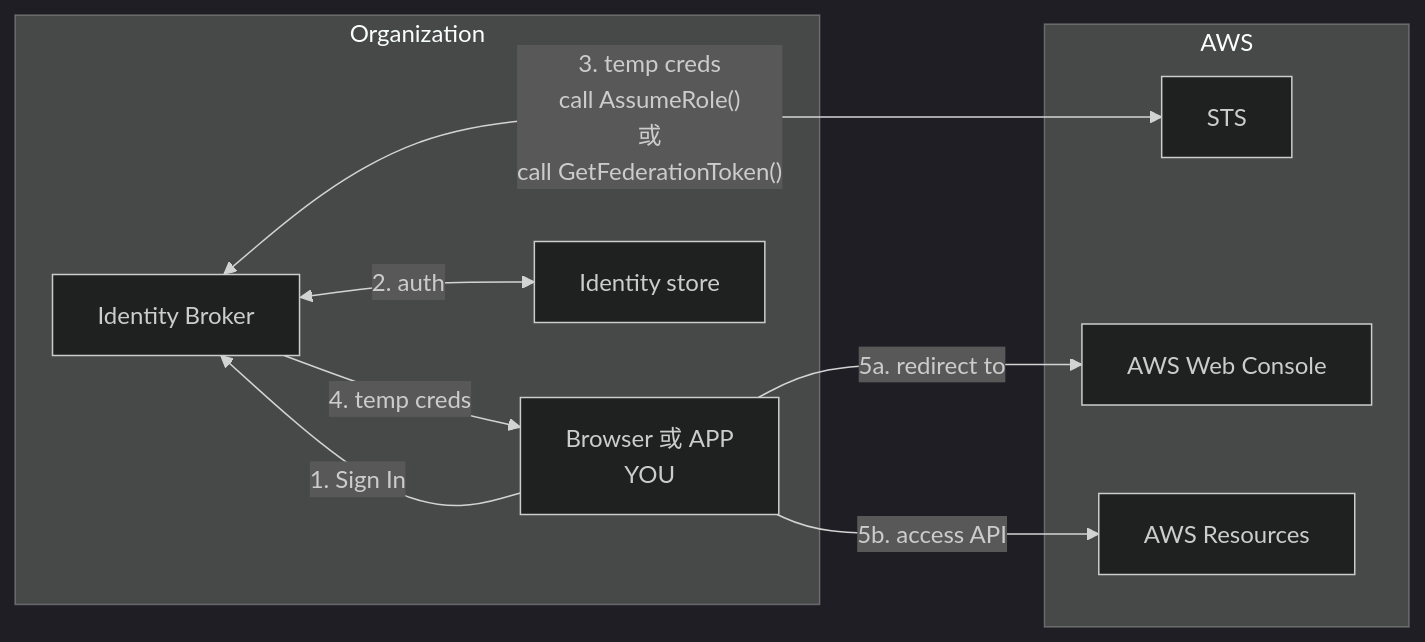
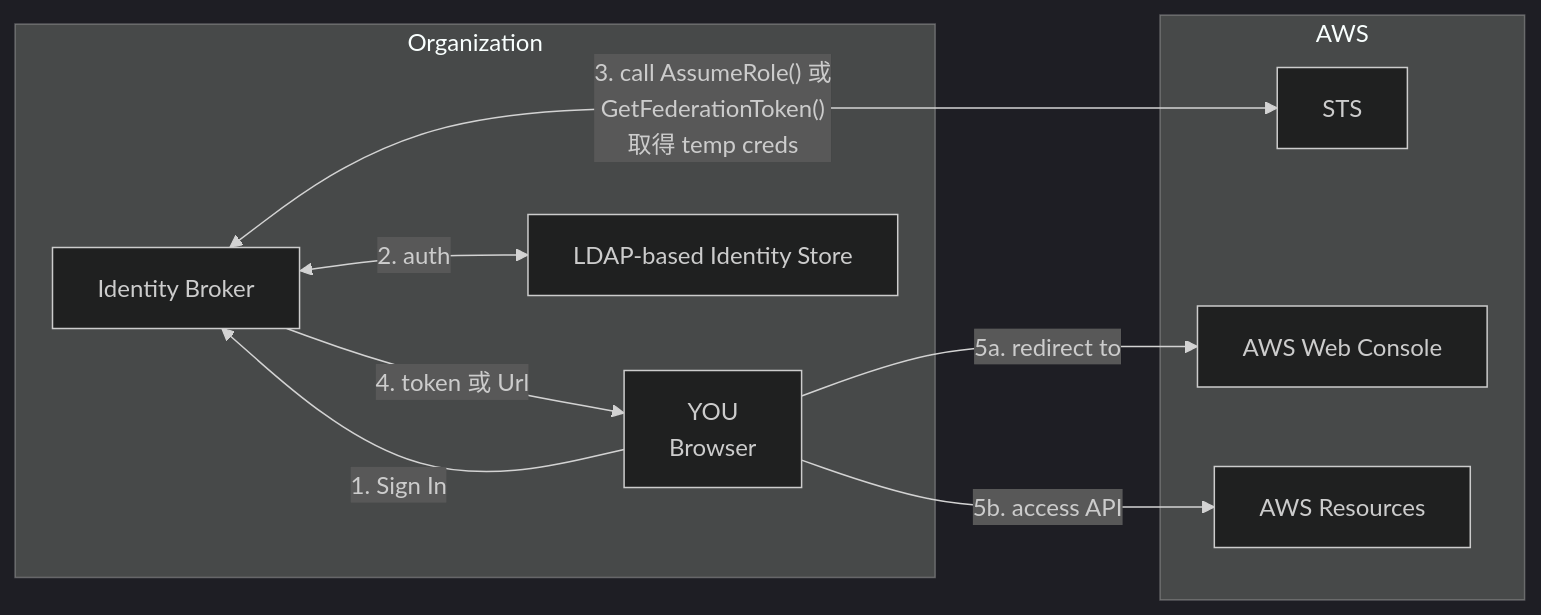
The sixth of 11 diagrams in aws/iam.md (cool21540125/documentation-notes), drawn with Mermaid (dark theme) before and after one commit. The commit also changed other lines of this file and 8 other files, not shown here.

````diff
--- a/aws/iam.md
+++ b/aws/iam.md
@@ -378,21 +394,22 @@
 ```mermaid
 flowchart LR
 
 subgraph org["Organization"]
-    ib["Identity Broker"]
-    uu["Browser 或 APP \n YOU"]
-    ldap["Identity store"]
+    bkr["Identity Broker"]
+    user["YOU \n Browser"]
+    ldap["LDAP-based Identity Store"];
 end
+
 subgraph AWS
     sts["STS"]
     ww["AWS Web Console"]
     rr["AWS Resources"]
 end
 
-uu -- 1. Sign In --> ib;
-ib <-- 2. auth --> ldap;
-ib <-- "3. temp creds \n call AssumeRole() \n 或 \n call GetFederationToken()" --> sts;
-ib -- "4. temp creds" --> uu
-uu -- 5a. redirect to --> ww;
-uu -- 5b. access API --> rr;
+user -- 1. Sign In --> bkr;
+bkr <-- 2. auth --> ldap;
+bkr <-- "3. call AssumeRole() 或 \n GetFederationToken() \n 取得 temp creds" --> sts;
+bkr -- "4. token 或 Url" --> user
+user -- 5a. redirect to --> ww;
+user -- 5b. access API --> rr;
 ```
````
